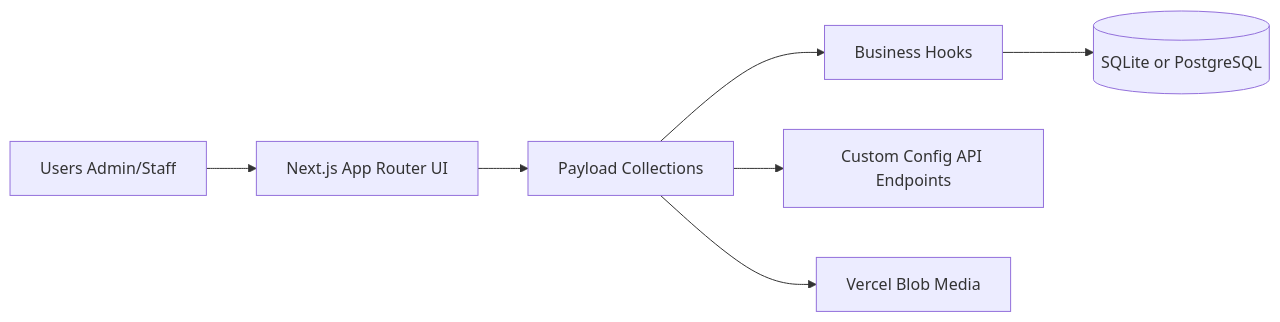
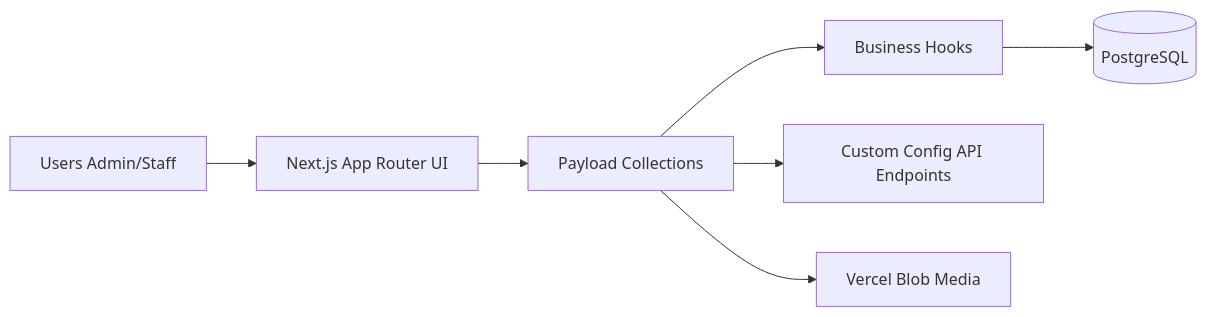
Before and after one commit to alejandrofrank464/sistema-gimnasio-payload: the diagram in README.es.md, drawn with Mermaid. The commit also changed other lines of this file, not shown here.

````diff
--- a/README.es.md
+++ b/README.es.md
@@ -55,9 +55,9 @@
 ```mermaid
 flowchart LR
   A[Users Admin/Staff] --> B[Next.js App Router UI]
   B --> C[Payload Collections]
   C --> D[Business Hooks]
-  D --> E[(SQLite or PostgreSQL)]
+  D --> E[(PostgreSQL)]
   C --> F[Custom Config API Endpoints]
   C --> G[Vercel Blob Media]
 ```
````
